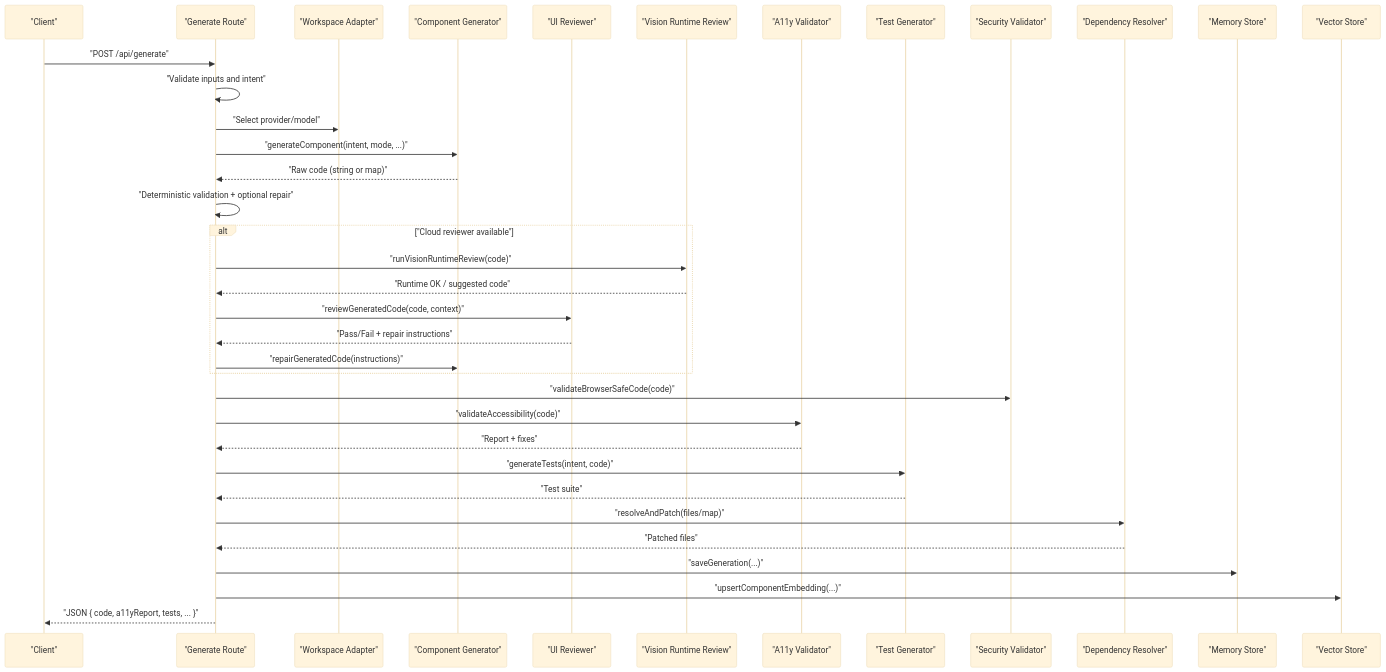
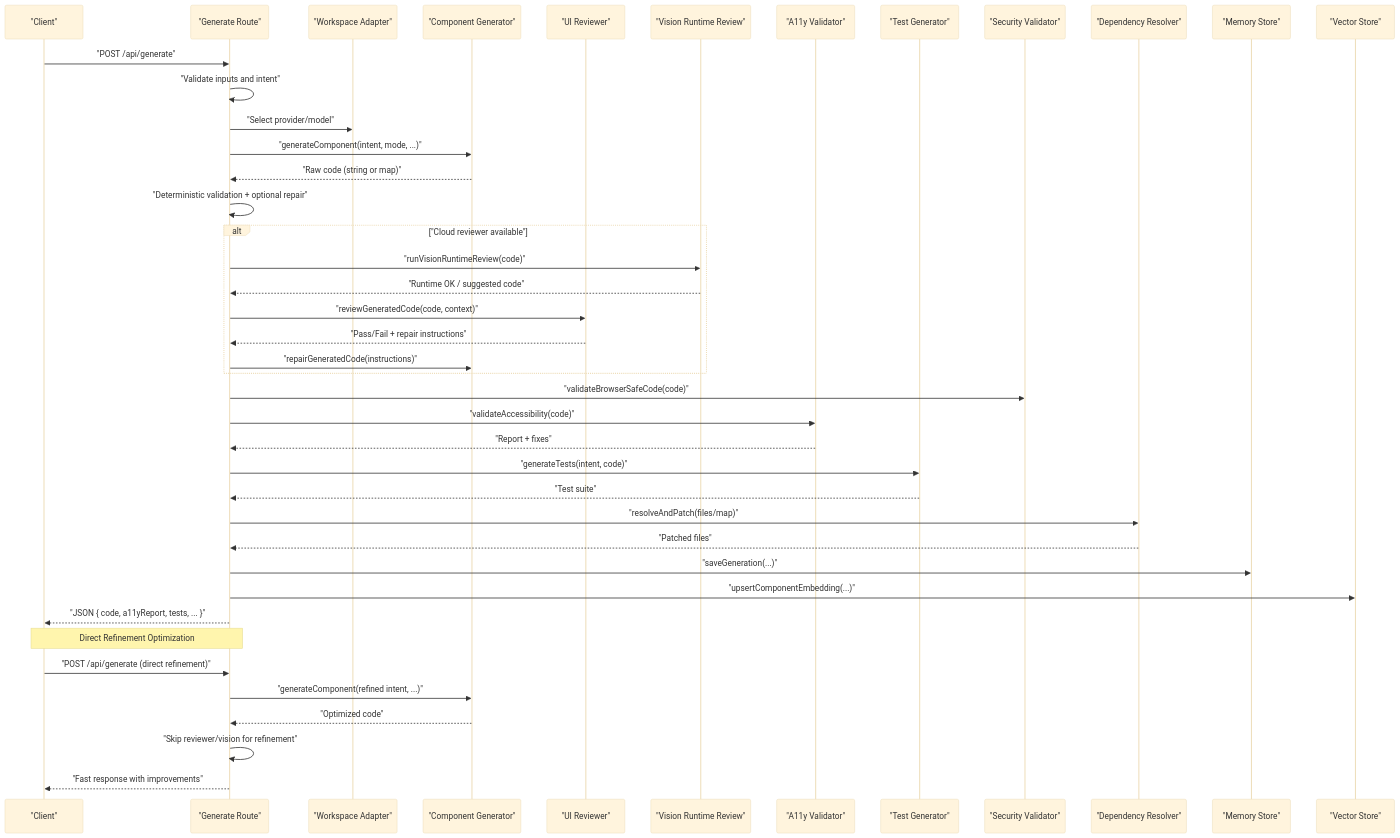
One commit to shekhargiri005-dotcom/AI-powered-accessibility-first-UI-engine changed the second of 4 diagrams in .qoder/repowiki/en/content/AI Generation Engine/Core Generation Pipeline/Core Generation Pipeline.md. Above: the diagram before and after it, drawn with Mermaid (base theme). The commit also changed other lines of this file and 71 other files, not shown here.

````diff
--- a/.qoder/repowiki/en/content/AI Generation Engine/Core Generation Pipeline/Core Generation Pipeline.md
+++ b/.qoder/repowiki/en/content/AI Generation Engine/Core Generation Pipeline/Core Generation Pipeline.md
@@ -104,38 +131,44 @@
 ```mermaid
 sequenceDiagram
 participant Client as "Client"
 participant API as "Generate Route"
 participant Adapter as "Workspace Adapter"
 participant Gen as "Component Generator"
 participant Review as "UI Reviewer"
 participant Vision as "Vision Runtime Review"
 participant A11y as "A11y Validator"
 participant Tests as "Test Generator"
 participant Sec as "Security Validator"
 participant Dep as "Dependency Resolver"
 participant Mem as "Memory Store"
 participant Emb as "Vector Store"
 Client->>API : "POST /api/generate"
 API->>API : "Validate inputs and intent"
 API->>Adapter : "Select provider/model"
 API->>Gen : "generateComponent(intent, mode, ...)"
 Gen-->>API : "Raw code (string or map)"
 API->>API : "Deterministic validation + optional repair"
 alt "Cloud reviewer available"
 API->>Vision : "runVisionRuntimeReview(code)"
 Vision-->>API : "Runtime OK / suggested code"
 API->>Review : "reviewGeneratedCode(code, context)"
 Review-->>API : "Pass/Fail + repair instructions"
 API->>Gen : "repairGeneratedCode(instructions)"
 end
 API->>Sec : "validateBrowserSafeCode(code)"
 API->>A11y : "validateAccessibility(code)"
 A11y-->>API : "Report + fixes"
 API->>Tests : "generateTests(intent, code)"
 Tests-->>API : "Test suite"
 API->>Dep : "resolveAndPatch(files/map)"
 Dep-->>API : "Patched files"
 API->>Mem : "saveGeneration(...)"
 API->>Emb : "upsertComponentEmbedding(...)"
 API-->>Client : "JSON { code, a11yReport, tests, ... }"
+Note over Client,API : Direct Refinement Optimization
+Client->>API : "POST /api/generate (direct refinement)"
+API->>Gen : "generateComponent(refined intent, ...)"
+Gen-->>API : "Optimized code"
+API->>API : "Skip reviewer/vision for refinement"
+API-->>Client : "Fast response with improvements"
 ```
````
